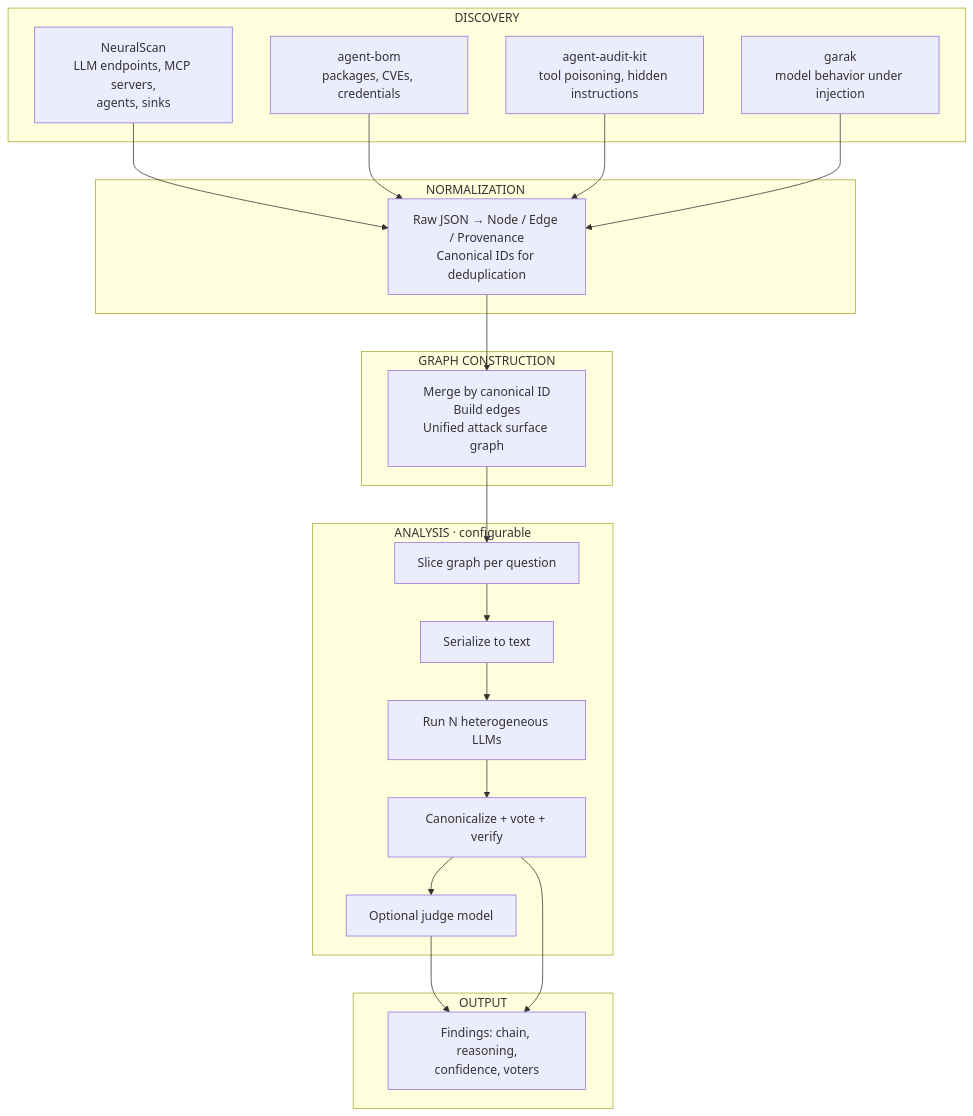
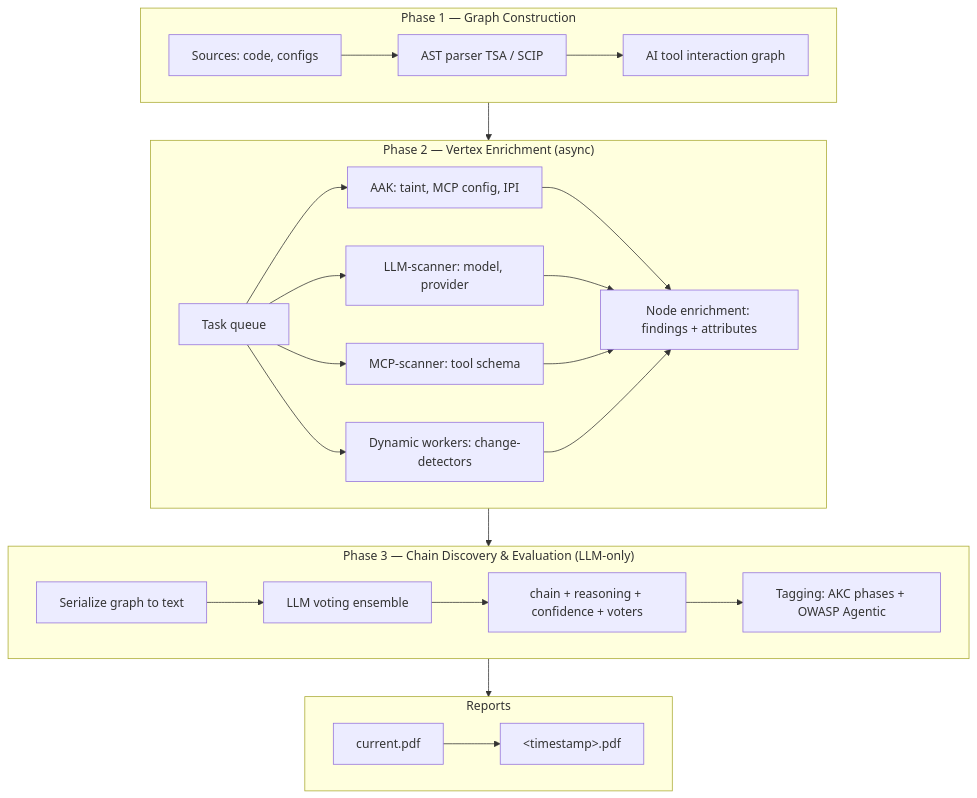
The second of 6 diagrams in README.md (Malinowiy/AICorellator), drawn with Mermaid before and after one commit. The commit also changed other lines of this file, not shown here.

Commit message:
First commit to new arch

````diff
--- a/README.md
+++ b/README.md
@@ -67,42 +44,33 @@
 ```mermaid
-flowchart TD
-    subgraph DISCOVERY
-        N[NeuralScan<br/>LLM endpoints, MCP servers,<br/>agents, sinks]
-        A[agent-bom<br/>packages, CVEs, credentials]
-        K[agent-audit-kit<br/>tool poisoning, hidden instructions]
-        G[garak<br/>model behavior under injection]
+flowchart TB
+    subgraph P1["Phase 1 — Graph Construction"]
+        SRC[Sources: code, configs] --> AST[AST parser TSA / SCIP]
+        AST --> G[AI tool interaction graph]
     end
 
-    subgraph NORMALIZATION
-        NR[Raw JSON → Node / Edge / Provenance<br/>Canonical IDs for deduplication]
+    subgraph P2["Phase 2 — Vertex Enrichment (async)"]
+        Q[Task queue]
+        Q --> W1[AAK: taint, MCP config, IPI]
+        Q --> W2[LLM-scanner: model, provider]
+        Q --> W3[MCP-scanner: tool schema]
+        Q --> WD[Dynamic workers: change-detectors]
+        W1 --> EN[Node enrichment: findings + attributes]
+        W2 --> EN
+        W3 --> EN
+        WD --> EN
     end
 
-    subgraph GRAPH[GRAPH CONSTRUCTION]
-        GC[Merge by canonical ID<br/>Build edges<br/>Unified attack surface graph]
+    subgraph P3["Phase 3 — Chain Discovery & Evaluation (LLM-only)"]
+        SER[Serialize graph to text] --> LLM[LLM voting ensemble]
+        LLM --> CH[chain + reasoning + confidence + voters]
+        CH --> TAG[Tagging: AKC phases + OWASP Agentic]
     end
 
-    subgraph ANALYSIS[ANALYSIS · configurable]
-        SL[Slice graph per question]
-        SE[Serialize to text]
-        LLM[Run N heterogeneous LLMs]
-        VT[Canonicalize + vote + verify]
-        JD[Optional judge model]
+    subgraph OUT["Reports"]
+        CUR[current.pdf] --> ARCH["&lt;timestamp&gt;.pdf"]
     end
 
-    subgraph OUTPUT
-        O[Findings: chain, reasoning,<br/>confidence, voters]
-    end
-
-    N --> NR
-    A --> NR
-    K --> NR
-    G --> NR
-    NR --> GC
-    GC --> SL
-    SL --> SE
-    SE --> LLM
-    LLM --> VT
-    VT --> JD
-    JD --> O
-    VT --> O
+    P1 --> P2
+    P2 --> P3
+    P3 --> OUT
 ```
````
